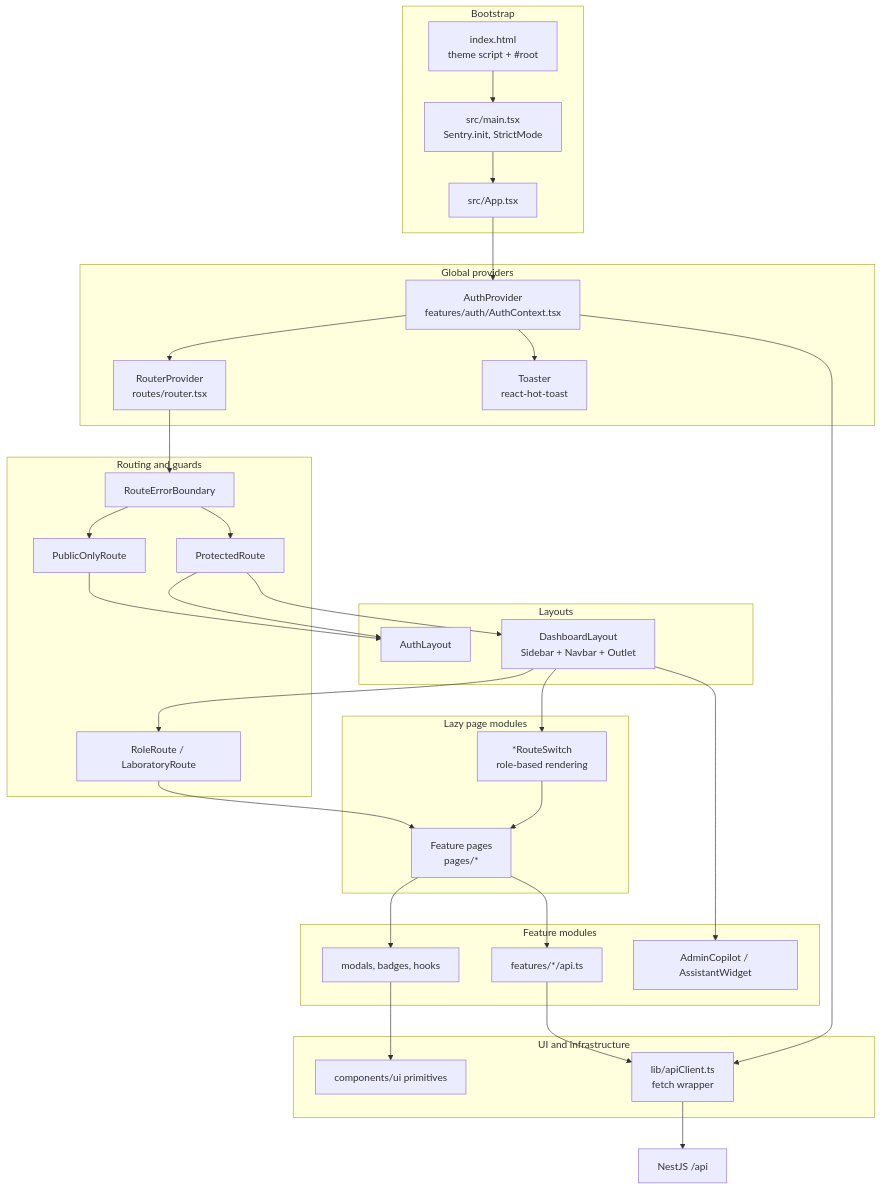
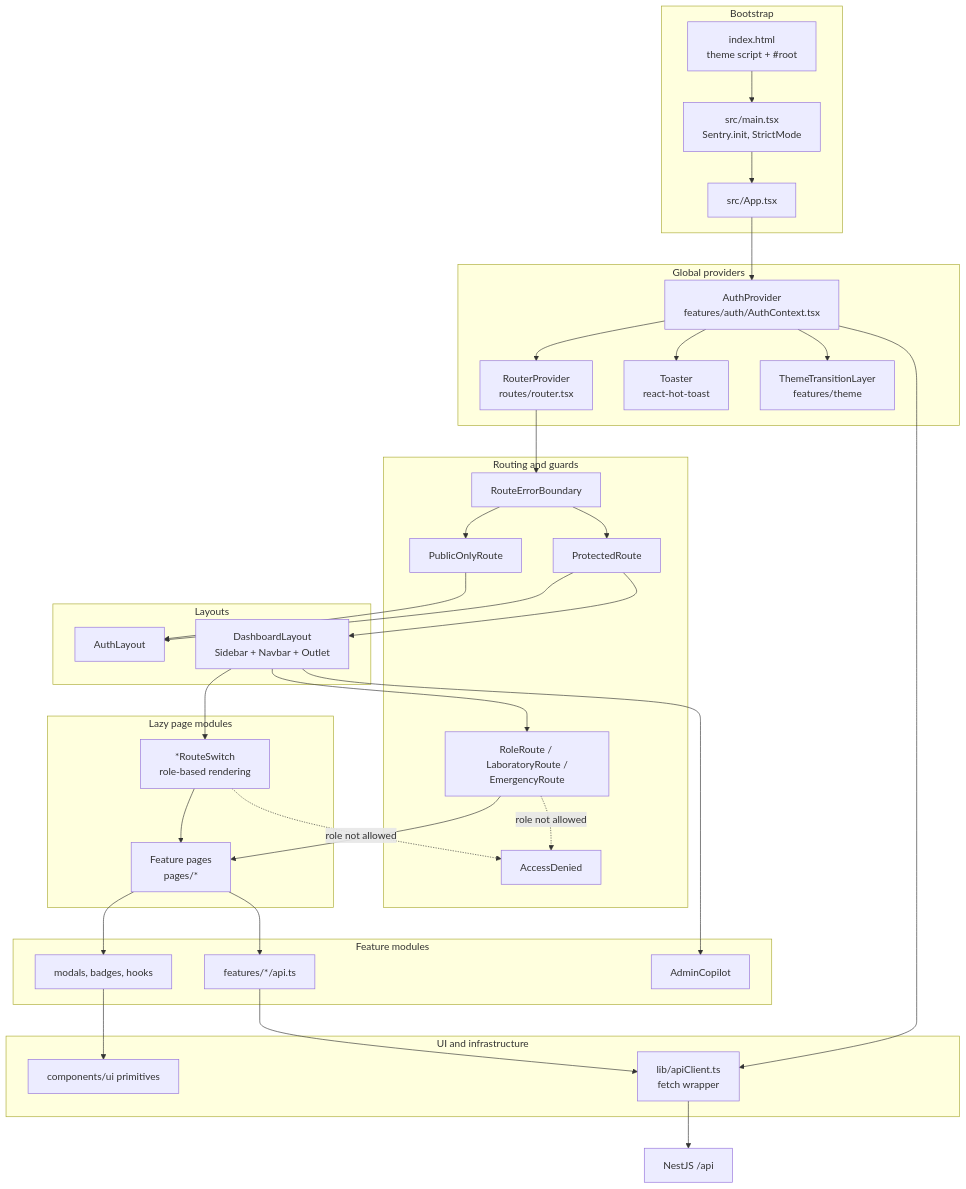
One commit to muhammadhamd56-cloud/hospital-management-system changed the second of 21 diagrams in frontend/ARCHITECTURE.md. Above: the diagram before and after it, drawn with Mermaid. The commit also changed other lines of this file and 13 other files, not shown here.

First line of the commit message:
docs: document the Ollama-based Admin AI and correct stale architecture gaps

````diff
--- a/frontend/ARCHITECTURE.md
+++ b/frontend/ARCHITECTURE.md
@@ -162,57 +166,62 @@
 ```mermaid
 flowchart TB
     subgraph Boot["Bootstrap"]
         HTML["index.html<br/>theme script + #root"]
         Main["src/main.tsx<br/>Sentry.init, StrictMode"]
         App["src/App.tsx"]
     end
     subgraph Providers["Global providers"]
         AuthP["AuthProvider<br/>features/auth/AuthContext.tsx"]
         RouterP["RouterProvider<br/>routes/router.tsx"]
         Toaster["Toaster<br/>react-hot-toast"]
+        ThemeL["ThemeTransitionLayer<br/>features/theme"]
     end
     subgraph Routing["Routing and guards"]
         EB["RouteErrorBoundary"]
         PubOnly["PublicOnlyRoute"]
         Prot["ProtectedRoute"]
-        Role["RoleRoute / LaboratoryRoute"]
+        Role["RoleRoute / LaboratoryRoute /<br/>EmergencyRoute"]
+        Denied["AccessDenied"]
     end
     subgraph Layouts["Layouts"]
         AuthL["AuthLayout"]
         DashL["DashboardLayout<br/>Sidebar + Navbar + Outlet"]
     end
     subgraph Pages["Lazy page modules"]
         Switches["*RouteSwitch<br/>role-based rendering"]
         FeaturePages["Feature pages<br/>pages/*"]
     end
     subgraph Features["Feature modules"]
         FeatApi["features/*/api.ts"]
         FeatUI["modals, badges, hooks"]
-        AI["AdminCopilot / AssistantWidget"]
+        AI["AdminCopilot"]
     end
     subgraph Infra["UI and infrastructure"]
         UI["components/ui primitives"]
         Client["lib/apiClient.ts<br/>fetch wrapper"]
     end
     Backend["NestJS /api"]
 
     HTML --> Main --> App
     App --> AuthP
     AuthP --> RouterP
     AuthP --> Toaster
+    AuthP --> ThemeL
     RouterP --> EB
     EB --> PubOnly --> AuthL
     EB --> Prot
     Prot --> AuthL
     Prot --> DashL
     DashL --> Role --> FeaturePages
+    Role -.->|"role not allowed"| Denied
     DashL --> Switches
     DashL --> AI
     Switches --> FeaturePages
+    Switches -.->|"role not allowed"| Denied
     FeaturePages --> FeatUI
     FeaturePages --> FeatApi
     FeatUI --> UI
     FeatApi --> Client
     AuthP --> Client
     Client --> Backend
 ```
````
